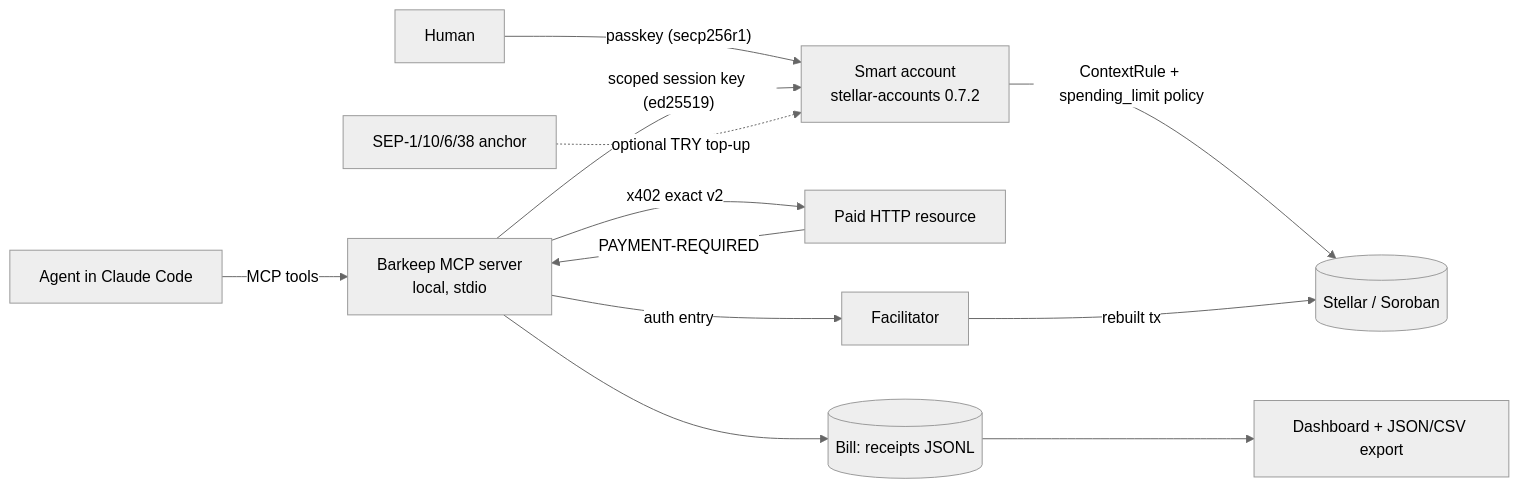
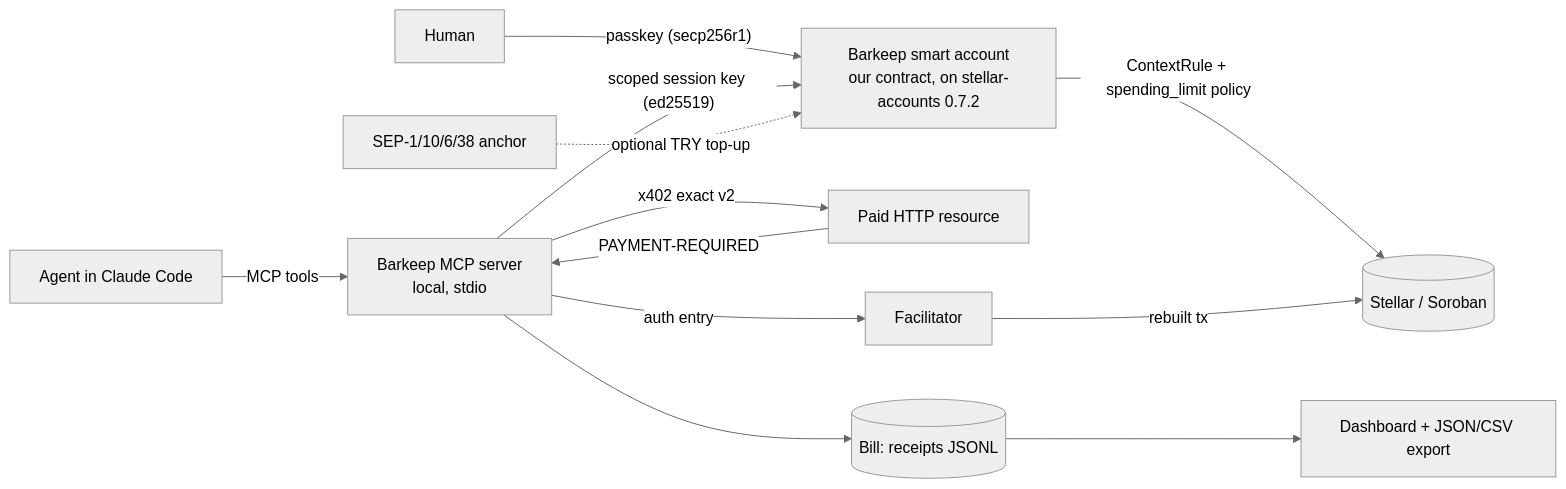
The diagram in docs/ARCHITECTURE-v2.md (barbarosalagoz/barkeep), drawn with Mermaid (neutral theme) before and after one commit. The commit also changed other lines of this file and 6 other files, not shown here.

````diff
--- a/docs/ARCHITECTURE-v2.md
+++ b/docs/ARCHITECTURE-v2.md
@@ -55,13 +65,13 @@
 ```mermaid
 flowchart LR
-  H[Human] -- passkey (secp256r1) --> SA[Smart account<br/>stellar-accounts 0.7.2]
+  H[Human] -- passkey (secp256r1) --> SA[Barkeep smart account<br/>our contract, on stellar-accounts 0.7.2]
   A[Agent in Claude Code] -- MCP tools --> S[Barkeep MCP server<br/>local, stdio]
   S -- scoped session key (ed25519) --> SA
   SA -- ContextRule + spending_limit policy --> L[(Stellar / Soroban)]
   S -- x402 exact v2 --> R[Paid HTTP resource]
   R -- PAYMENT-REQUIRED --> S
   S -- auth entry --> F[Facilitator] -- rebuilt tx --> L
   S --> B[(Bill: receipts JSONL)]
   B --> D[Dashboard + JSON/CSV export]
   SEP[SEP-1/10/6/38 anchor] -. optional TRY top-up .-> SA
 ```
````
